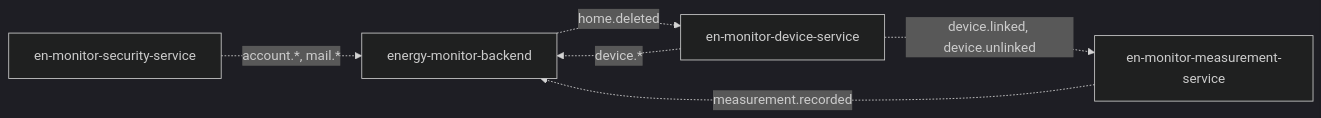
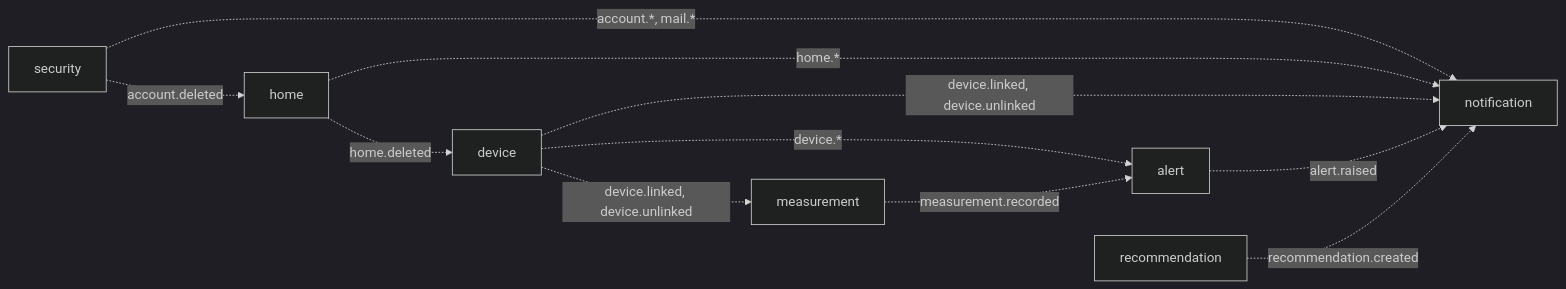
One commit to code-sena/en-monitor-docs changed the second of 2 diagrams in 09-microservices/dependency-map.md. Above: the diagram before and after it, drawn with Mermaid (dark theme). The commit also changed other lines of this file and 2 other files, not shown here.

Commit message:
docs(microservices): update the catalog and the dependency map to the eight-service architecture

````diff
--- a/09-microservices/dependency-map.md
+++ b/09-microservices/dependency-map.md
@@ -43,13 +50,21 @@
 ```mermaid
 flowchart LR
-    SEC[en-monitor-security-service]
-    DEV[en-monitor-device-service]
-    MEA[en-monitor-measurement-service]
-    BE[energy-monitor-backend]
+    SEC[security]
+    DEV[device]
+    MEA[measurement]
+    HOM[home]
+    NOT[notification]
+    ALE[alert]
+    REC[recommendation]
 
-    SEC -.->|account.*, mail.*| BE
-    BE -.->|home.deleted| DEV
-    DEV -.->|device.*| BE
+    SEC -.->|account.*, mail.*| NOT
+    SEC -.->|account.deleted| HOM
+    HOM -.->|home.deleted| DEV
+    HOM -.->|home.*| NOT
+    DEV -.->|device.*| ALE
     DEV -.->|device.linked, device.unlinked| MEA
-    MEA -.->|measurement.recorded| BE
+    DEV -.->|device.linked, device.unlinked| NOT
+    MEA -.->|measurement.recorded| ALE
+    ALE -.->|alert.raised| NOT
+    REC -.->|recommendation.created| NOT
 ```
````
